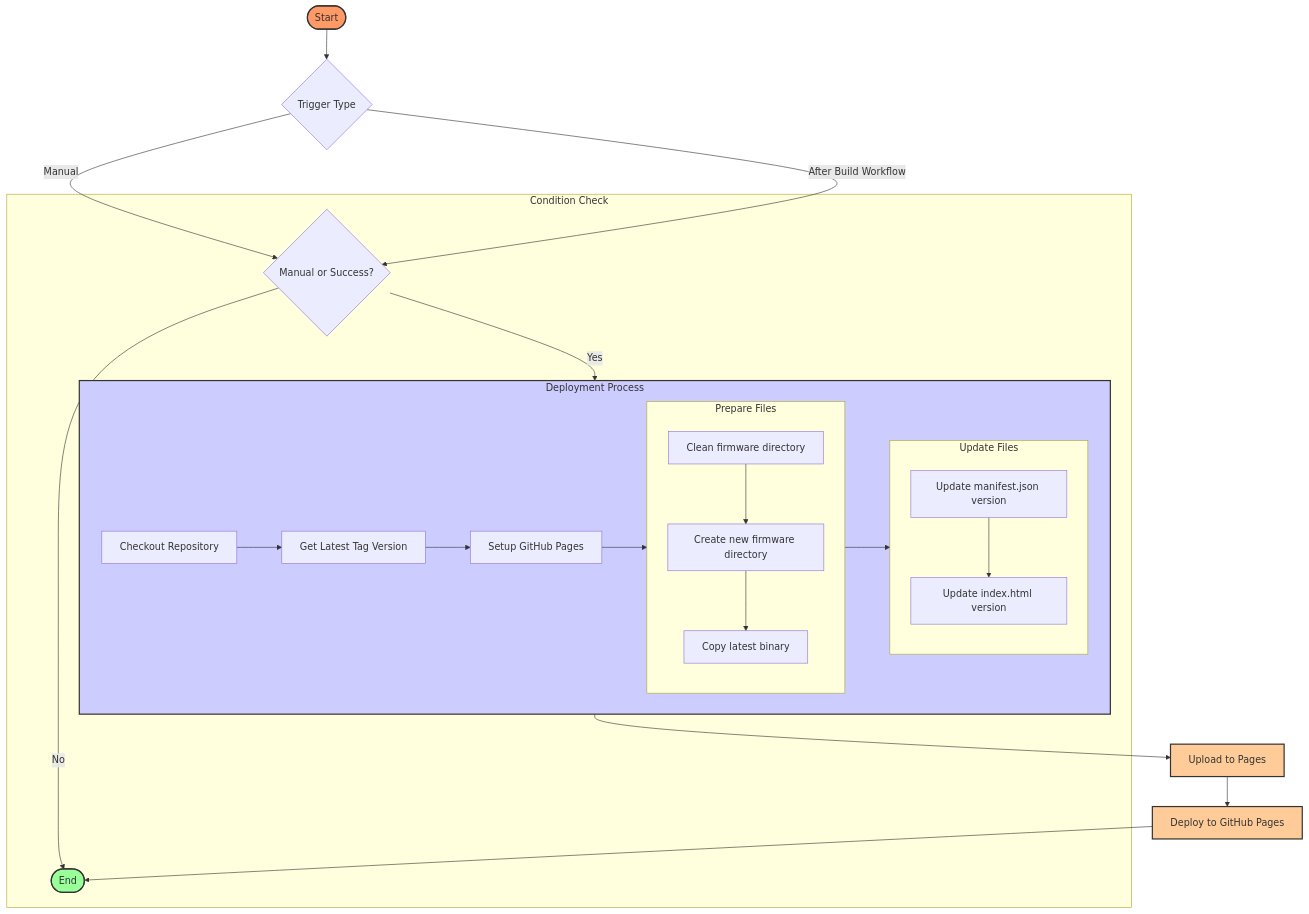
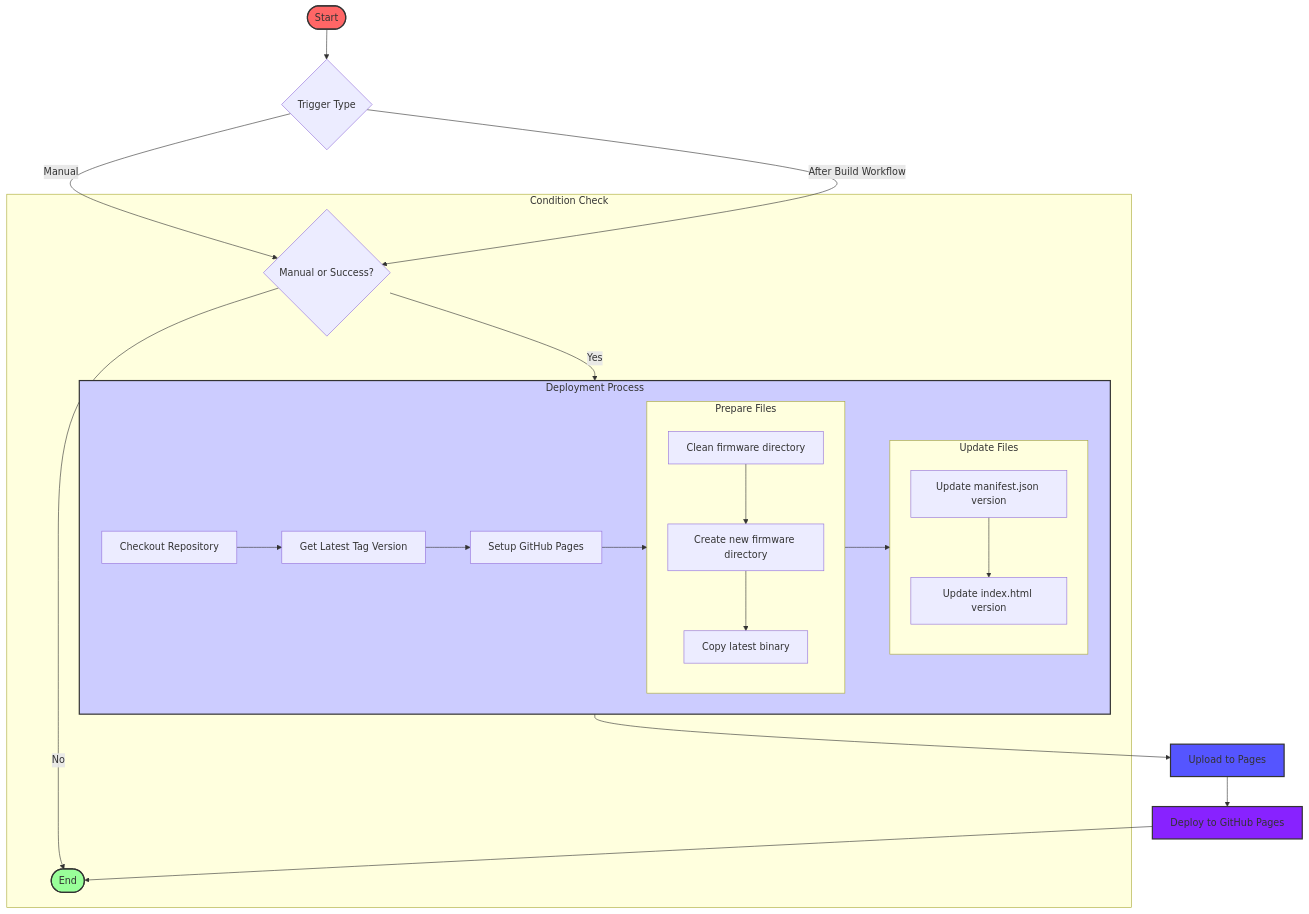
Before and after one commit to dattasaurabh82/help-button-firmware: the diagram in README.md, drawn with Mermaid. The commit also changed other lines of this file, not shown here.

Commit message:
uopdating readme

````diff
--- a/README.md
+++ b/README.md
@@ -72,47 +72,47 @@
 ```mermaid
 flowchart TD
     Start([Start]) --> Trigger{Trigger Type}
     Trigger -->|Manual| Check[Check Conditions]
     Trigger -->|After Build Workflow| Check
     
     subgraph Conditions[Condition Check]
         Check{Manual or Success?}
         Check -->|No| End([End])
         Check -->|Yes| Deploy[Deploy Process]
     end
 
     subgraph Deploy[Deployment Process]
         D1[Checkout Repository]
         D2[Get Latest Tag Version]
         D3[Setup GitHub Pages]
         
         subgraph Prepare[Prepare Files]
             P1[Clean firmware directory]
             P2[Create new firmware directory]
             P3[Copy latest binary]
             P1 --> P2
             P2 --> P3
         end
         
         subgraph Update[Update Files]
             U1[Update manifest.json version]
             U2[Update index.html version]
             U1 --> U2
         end
         
         D1 --> D2
         D2 --> D3
         D3 --> Prepare
         Prepare --> Update
     end
     
     Deploy --> Upload[Upload to Pages]
     Upload --> DeployPages[Deploy to GitHub Pages]
     DeployPages --> End
 
-    style Start fill:#f96,stroke:#333,stroke-width:2px
+    style Start fill:#f66,stroke:#333,stroke-width:2px
     style End fill:#9f9,stroke:#333,stroke-width:2px
     style Deploy fill:#ccf,stroke:#333,stroke-width:2px
-    style Upload fill:#fc9,stroke:#333,stroke-width:2px
-    style DeployPages fill:#fc9,stroke:#333,stroke-width:2px
+    style Upload fill:#55f,stroke:#333,stroke-width:2px
+    style DeployPages fill:#82f,stroke:#333,stroke-width:2px
 ```
````
